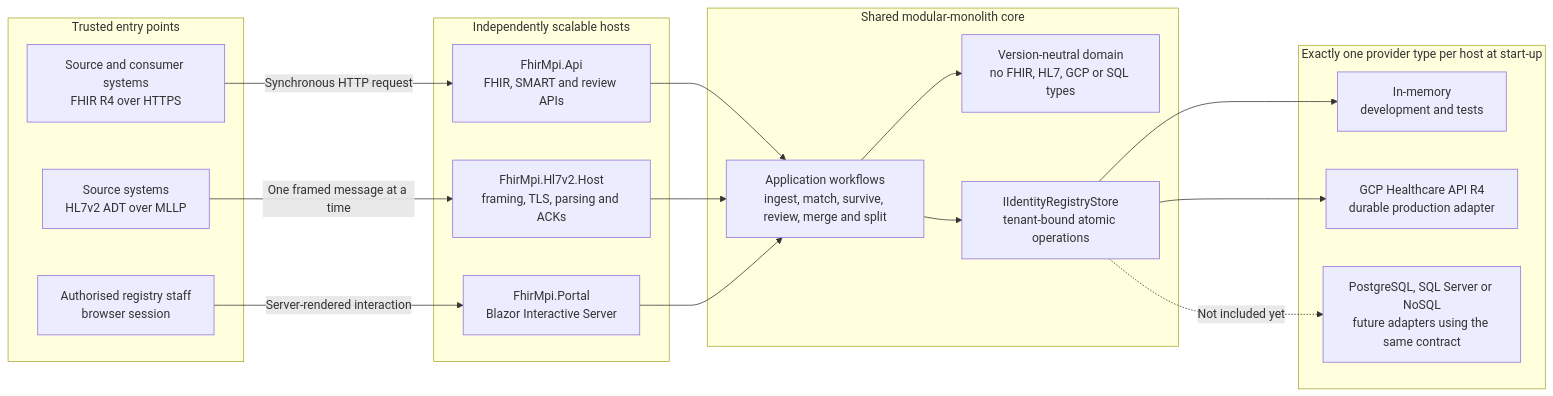
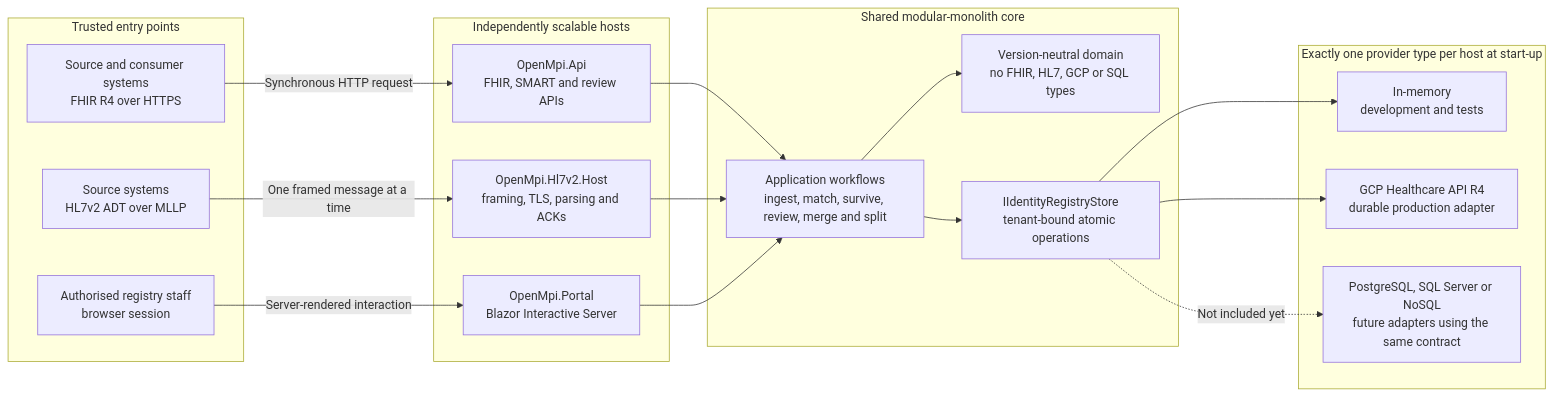
Before and after one commit to Lumbridge/FhirMpi: the first of 9 diagrams in docs/core-paths.md, drawn with Mermaid. The commit also changed other lines of this file and 308 other files, not shown here.

Commit message:
Rebrand FhirMpi as OpenMPI

````diff
--- a/docs/core-paths.md
+++ b/docs/core-paths.md
@@ -30,38 +30,38 @@
 ```mermaid
 flowchart LR
     subgraph callers["Trusted entry points"]
         FHIR["Source and consumer systems<br/>FHIR R4 over HTTPS"]
         HL7["Source systems<br/>HL7v2 ADT over MLLP"]
         USER["Authorised registry staff<br/>browser session"]
     end
 
     subgraph hosts["Independently scalable hosts"]
-        API["FhirMpi.Api<br/>FHIR, SMART and review APIs"]
-        MLLP["FhirMpi.Hl7v2.Host<br/>framing, TLS, parsing and ACKs"]
-        PORTAL["FhirMpi.Portal<br/>Blazor Interactive Server"]
+        API["OpenMpi.Api<br/>FHIR, SMART and review APIs"]
+        MLLP["OpenMpi.Hl7v2.Host<br/>framing, TLS, parsing and ACKs"]
+        PORTAL["OpenMpi.Portal<br/>Blazor Interactive Server"]
     end
 
     subgraph core["Shared modular-monolith core"]
         APP["Application workflows<br/>ingest, match, survive, review, merge and split"]
         DOMAIN["Version-neutral domain<br/>no FHIR, HL7, GCP or SQL types"]
         CONTRACT["IIdentityRegistryStore<br/>tenant-bound atomic operations"]
     end
 
     subgraph providers["Exactly one provider type per host at start-up"]
         MEMORY["In-memory<br/>development and tests"]
         GCP["GCP Healthcare API R4<br/>durable production adapter"]
         FUTURE["PostgreSQL, SQL Server or NoSQL<br/>future adapters using the same contract"]
     end
 
     FHIR -->|"Synchronous HTTP request"| API
     HL7 -->|"One framed message at a time"| MLLP
     USER -->|"Server-rendered interaction"| PORTAL
     API --> APP
     MLLP --> APP
     PORTAL --> APP
     APP --> DOMAIN
     APP --> CONTRACT
     CONTRACT --> MEMORY
     CONTRACT --> GCP
     CONTRACT -.->|"Not included yet"| FUTURE
 ```
````
